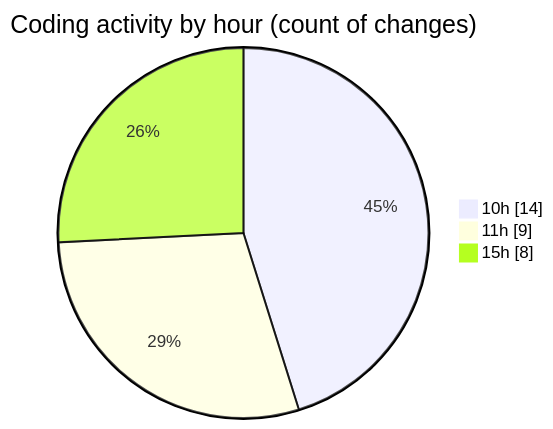
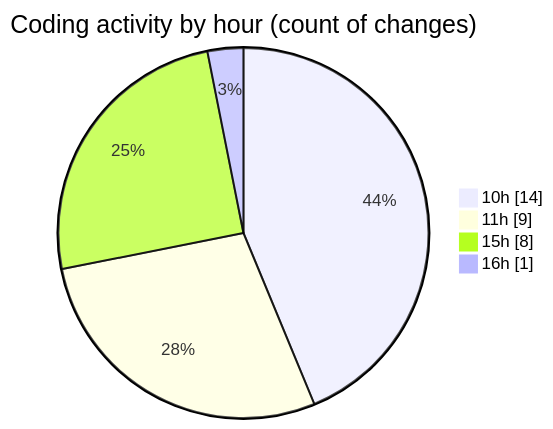
The second of 2 diagrams in 2025-02-08/react_ecom/README.md (Elitesun/code-tracking), drawn with Mermaid before and after one commit. The commit also changed other lines of this file and 1 other file, not shown here.

````diff
--- a/2025-02-08/react_ecom/README.md
+++ b/2025-02-08/react_ecom/README.md
@@ -35,7 +35,8 @@
 ```mermaid
 pie showData
 title Coding activity by hour (count of changes)
 "10h" : 14
 "11h" : 9
 "15h" : 8
+"16h" : 1
 ```
````
